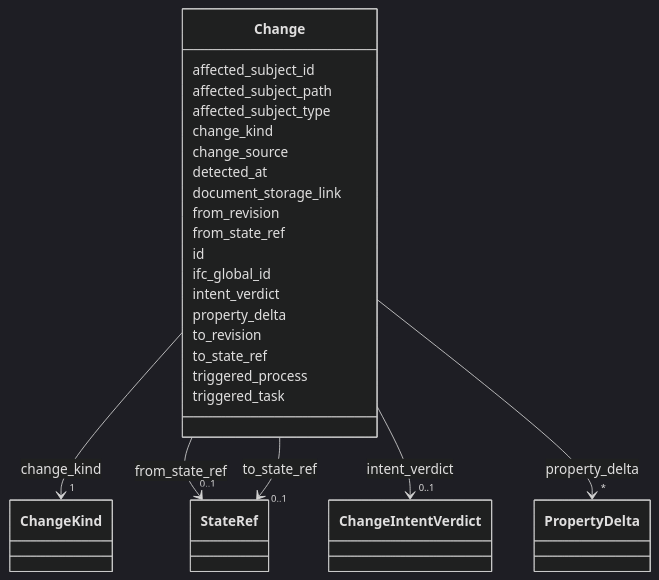
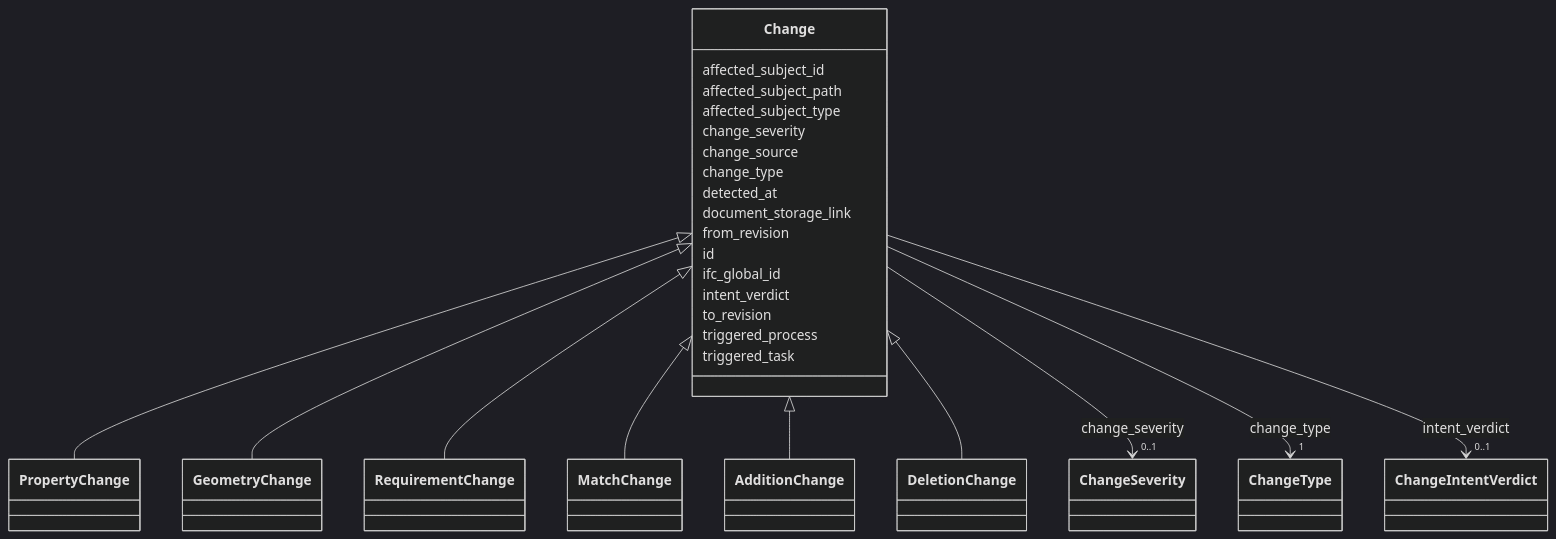
The diagram in v0.0.7/schema/Change.md (simondilhas/pragmatic-bim-data-contract), drawn with Mermaid (dark theme) before and after one commit. The commit also changed other lines of this file and 2590 other files, not shown here.

````diff
--- a/v0.0.7/schema/Change.md
+++ b/v0.0.7/schema/Change.md
@@ -25,85 +27,38 @@
 ```mermaid
  classDiagram
     class Change
-    click Change href "../Change/"
+    click Change href "./Change.html"
+      Change <|-- PropertyChange
+        click PropertyChange href "./PropertyChange.html"
+      Change <|-- GeometryChange
+        click GeometryChange href "./GeometryChange.html"
+      Change <|-- RequirementChange
+        click RequirementChange href "./RequirementChange.html"
+      Change <|-- MatchChange
+        click MatchChange href "./MatchChange.html"
+      Change <|-- AdditionChange
+        click AdditionChange href "./AdditionChange.html"
+      Change <|-- DeletionChange
+        click DeletionChange href "./DeletionChange.html"
       Change : affected_subject_id
-        
       Change : affected_subject_path
-        
       Change : affected_subject_type
-        
-      Change : change_kind
-        
-          
-    
-        
-        
-        Change --> "1" ChangeKind : change_kind
-        click ChangeKind href "../ChangeKind/"
-    
-
-        
+      Change : change_severity
+        Change --> "0..1" ChangeSeverity : change_severity
+        click ChangeSeverity href "./ChangeSeverity.html"
       Change : change_source
-        
+      Change : change_type
+        Change --> "1" ChangeType : change_type
+        click ChangeType href "./ChangeType.html"
       Change : detected_at
-        
       Change : document_storage_link
-        
       Change : from_revision
-        
-      Change : from_state_ref
-        
-          
-    
-        
-        
-        Change --> "0..1" StateRef : from_state_ref
-        click StateRef href "../StateRef/"
-    
-
-        
       Change : id
-        
       Change : ifc_global_id
-        
       Change : intent_verdict
-        
-          
-    
-        
-        
         Change --> "0..1" ChangeIntentVerdict : intent_verdict
-        click ChangeIntentVerdict href "../ChangeIntentVerdict/"
-    
-
-        
-      Change : property_delta
-        
-          
-    
-        
-        
-        Change --> "*" PropertyDelta : property_delta
-        click PropertyDelta href "../PropertyDelta/"
-    
-
-        
+        click ChangeIntentVerdict href "./ChangeIntentVerdict.html"
       Change : to_revision
-        
-      Change : to_state_ref
-        
-          
-    
-        
-        
-        Change --> "0..1" StateRef : to_state_ref
-        click StateRef href "../StateRef/"
-    
-
-        
       Change : triggered_process
-        
       Change : triggered_task
-        
-      
 ```
````
